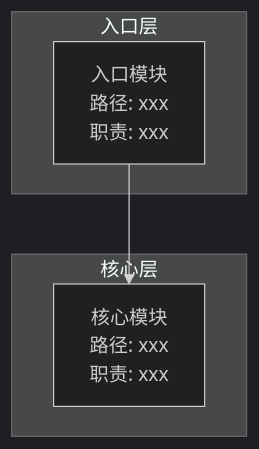
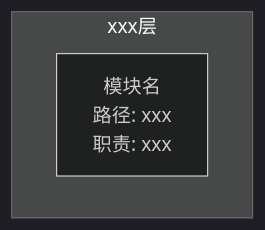
The first of 5 diagrams in .claude/commands/architecture-analysis.md (friendlyhank/claude-code-vibi), drawn with Mermaid (dark theme) before and after one commit. The commit also changed other lines of this file, not shown here.

````diff
--- a/.claude/commands/architecture-analysis.md
+++ b/.claude/commands/architecture-analysis.md
@@ -142,10 +275,6 @@
 ```mermaid
 graph TB
-    subgraph "入口层"
-        ENTRY["入口模块<br/>路径: xxx<br/>职责: xxx"]
+    subgraph "xxx层"
+        M1["模块名<br/>路径: xxx<br/>职责: xxx"]
     end
-    subgraph "核心层"
-        CORE["核心模块<br/>路径: xxx<br/>职责: xxx"]
-    end
-    ENTRY --> CORE
 ```
````
